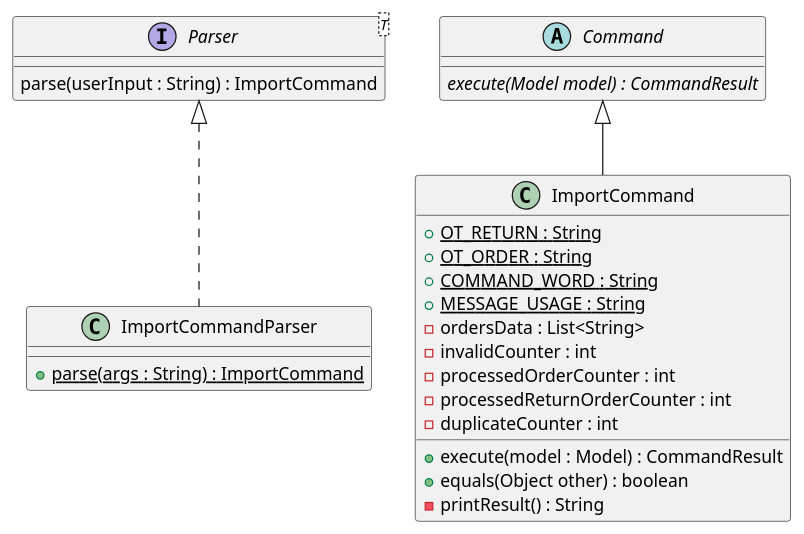
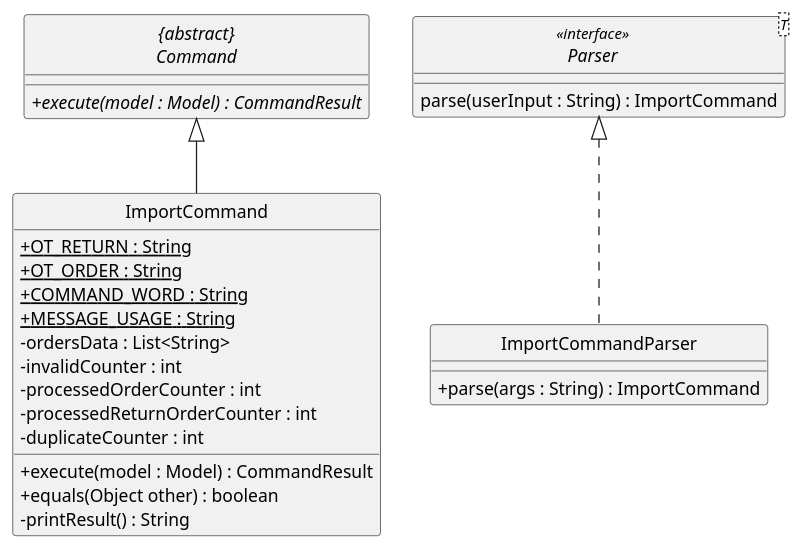
The diagram in docs/diagrams/ImportClassDiagram.puml (nus-cs2103-AY1920S2/addressbook-level3), drawn with PlantUML before and after one commit. The commit also changed 1 other file, not shown here.

Commit message:
Correct wrong icon for the public and private attributes and functions for import class diagram.

```diff
--- a/docs/diagrams/ImportClassDiagram.puml
+++ b/docs/diagrams/ImportClassDiagram.puml
@@ -1,33 +1,37 @@
 @startuml
+skinparam backgroundColor #ffffff
+skinparam classAttributeIconSize 0
+hide circle
+
 class ImportCommandParser implements Parser {
     /' Methods '/
-    + {static} parse(args : String) : ImportCommand
+    + parse(args : String) : ImportCommand
 }
 
-interface Parser<T> {
+interface Parser<T> <<interface>> {
     parse(userInput : String) : ImportCommand
 }
 
-abstract class Command {
-    {abstract} execute(Model model) : CommandResult
+abstract class "{abstract}\nCommand" {
+    + {abstract} execute(model : Model) : CommandResult
 }
 
-class ImportCommand extends Command {
+class ImportCommand {
     /' Fields '/
     + {static} OT_RETURN : String
     + {static} OT_ORDER : String
     + {static} COMMAND_WORD : String
     + {static} MESSAGE_USAGE : String
     - ordersData : List<String>
     - invalidCounter : int
     - processedOrderCounter : int
     - processedReturnOrderCounter : int
     - duplicateCounter : int
 
     /' Methods '/
     + execute(model : Model) : CommandResult
     + equals(Object other) : boolean
     - printResult() : String
 }
-
+ImportCommand --up|> "{abstract}\nCommand"
 @enduml
```
